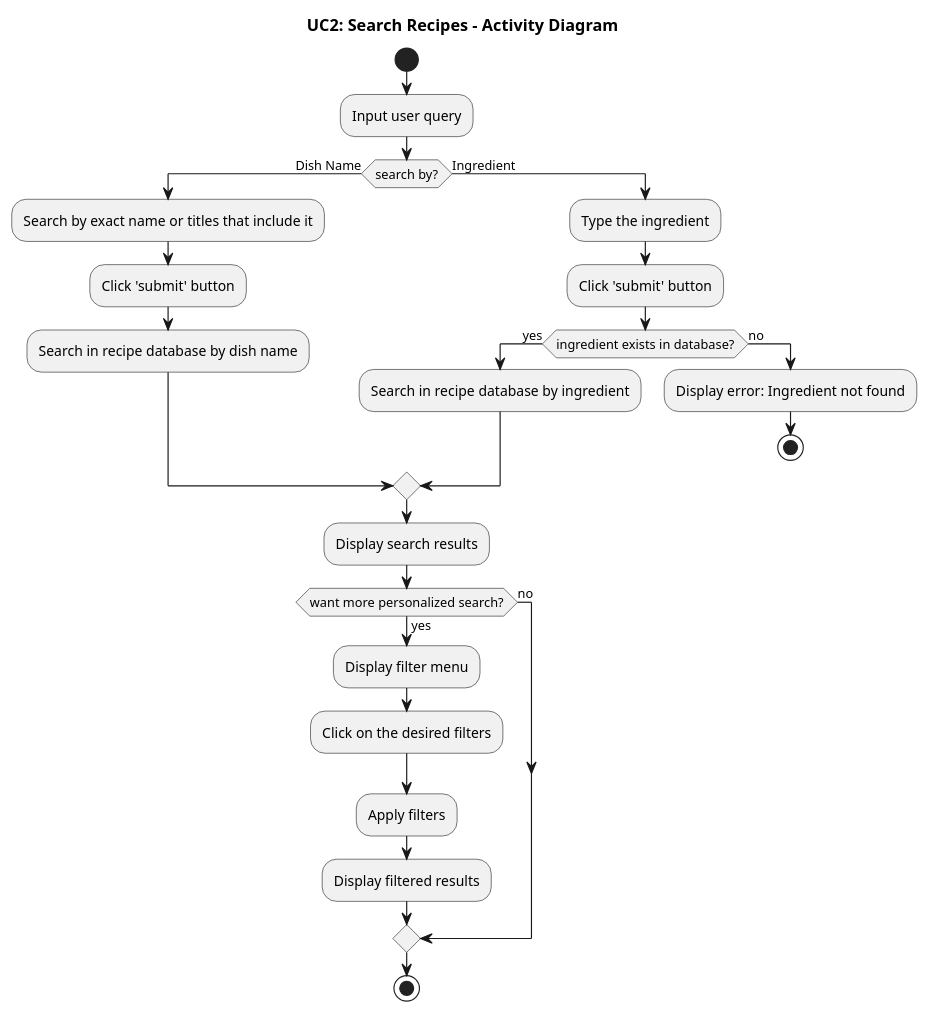
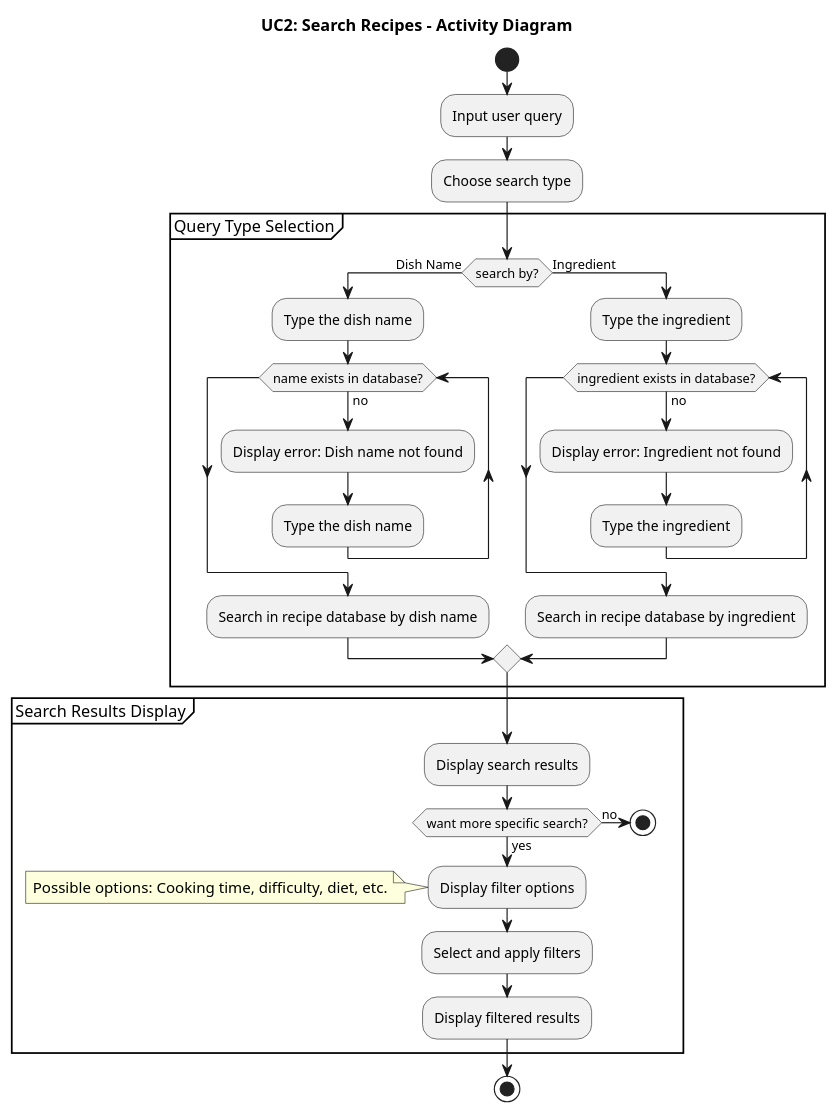
One commit to carmensat/RECIPE-ROULETTE changed the diagram in DIAGRAMS/UC2_ACTIVITY_search_recipe.puml. Above: the diagram before and after it, drawn with PlantUML.

```diff
--- a/DIAGRAMS/UC2_ACTIVITY_search_recipe.puml
+++ b/DIAGRAMS/UC2_ACTIVITY_search_recipe.puml
@@ -1,35 +1,43 @@
 @startuml
 title UC2: Search Recipes - Activity Diagram
 
 start
 
 :Input user query;
+:Choose search type;
 
-if (search by?) then (Dish Name)
-  :Search by exact name or titles that include it;
-  :Click 'submit' button;
-  :Search in recipe database by dish name;
-else (Ingredient)
-  :Type the ingredient;
-  :Click 'submit' button;
-  if (ingredient exists in database?) then (yes)
-    :Search in recipe database by ingredient;
-  else (no)
-    :Display error: Ingredient not found;
-    stop
-  endif
-endif
+partition "Query Type Selection" {
+	if (search by?) then (Dish Name)
+    	:Type the dish name;
+    	while (name exists in database?) is (no)
+        	:Display error: Dish name not found;
+        	:Type the dish name;
+    	endwhile
+    	:Search in recipe database by dish name;
+	else (Ingredient)
+    	:Type the ingredient;
+    	while (ingredient exists in database?) is (no)
+        	:Display error: Ingredient not found;
+        	:Type the ingredient;
+    	endwhile
+    	:Search in recipe database by ingredient;
+	endif
+}
 
-:Display search results;
-
-if (want more personalized search?) then (yes)
-  :Display filter menu;
-  :Click on the desired filters;
-  :Apply filters;
-  :Display filtered results;
-else (no)
-endif
+partition "Search Results Display" {
+	:Display search results;
+	if (want more specific search?) then (yes)
+    	:Display filter options;
+    	note
+    	Possible options: Cooking time, difficulty, diet, etc.
+    	end note
+    	:Select and apply filters;
+    	:Display filtered results;
+	else (no)
+    	stop
+	endif
+}
 
 stop
 
 @enduml
```
